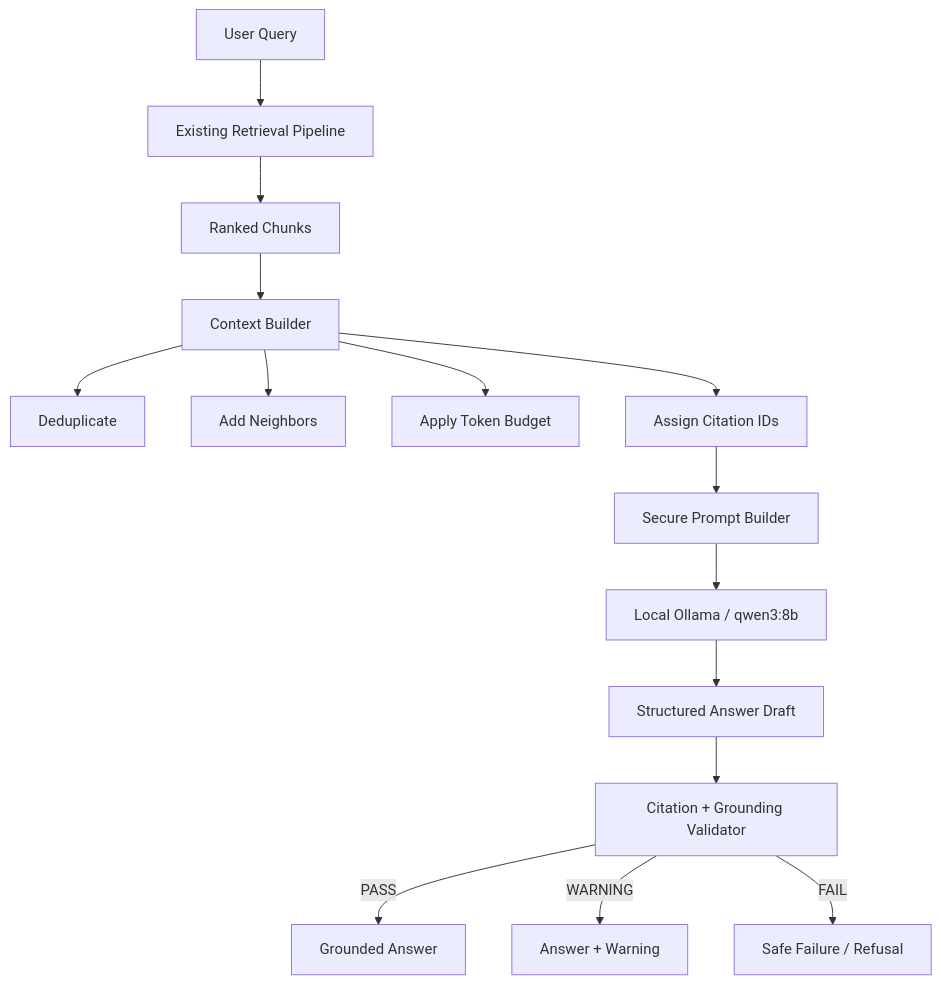
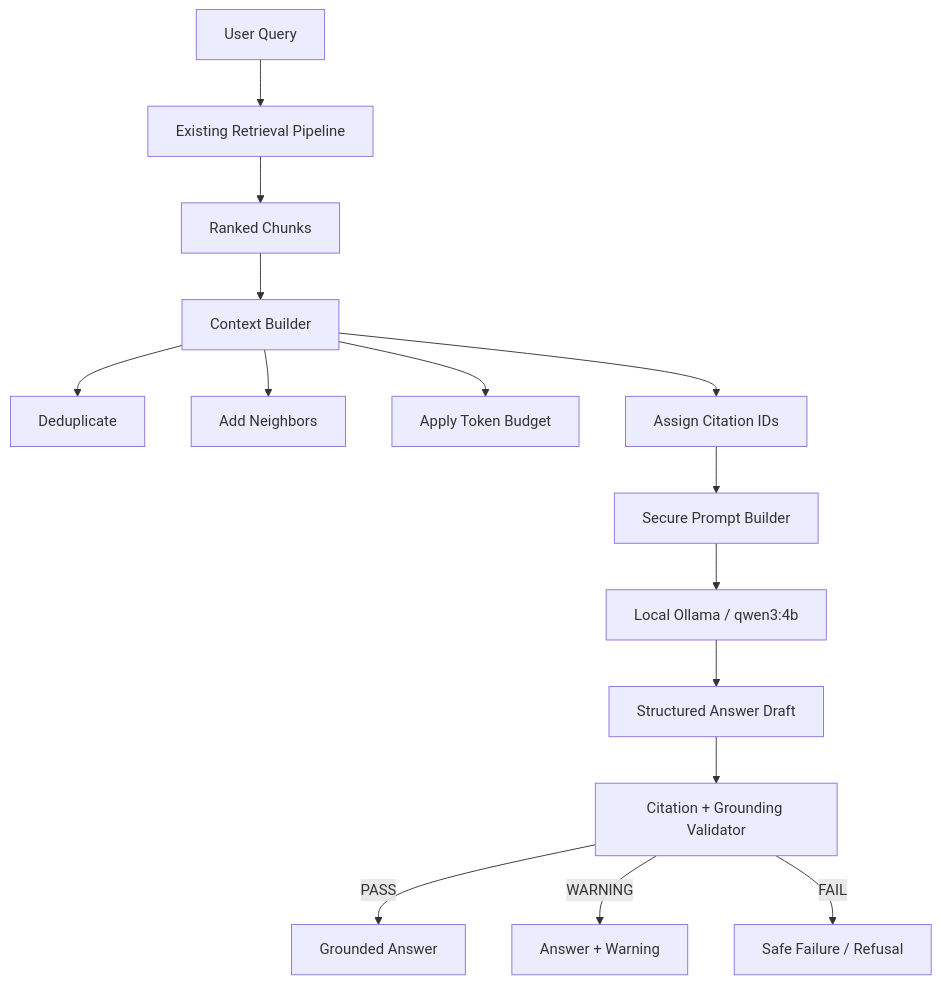
Before and after one commit to nnourmmohamedd/engineering-rag-parser: the diagram in docs/answering/GROUNDED_ANSWERING_ARCHITECTURE.md, drawn with Mermaid. The commit also changed other lines of this file and 11 other files, not shown here.

````diff
--- a/docs/answering/GROUNDED_ANSWERING_ARCHITECTURE.md
+++ b/docs/answering/GROUNDED_ANSWERING_ARCHITECTURE.md
@@ -9,17 +12,17 @@
 ```mermaid
 flowchart TD
     Q[User Query] --> R[Existing Retrieval Pipeline]
     R --> H[Ranked Chunks]
     H --> CB[Context Builder]
     CB --> D[Deduplicate]
     CB --> N[Add Neighbors]
     CB --> T[Apply Token Budget]
     CB --> C[Assign Citation IDs]
     C --> P[Secure Prompt Builder]
-    P --> O[Local Ollama / qwen3:8b]
+    P --> O[Local Ollama / qwen3:4b]
     O --> S[Structured Answer Draft]
     S --> G[Citation + Grounding Validator]
     G -->|PASS| A1[Grounded Answer]
     G -->|WARNING| A2[Answer + Warning]
     G -->|FAIL| A3[Safe Failure / Refusal]
 ```
````
